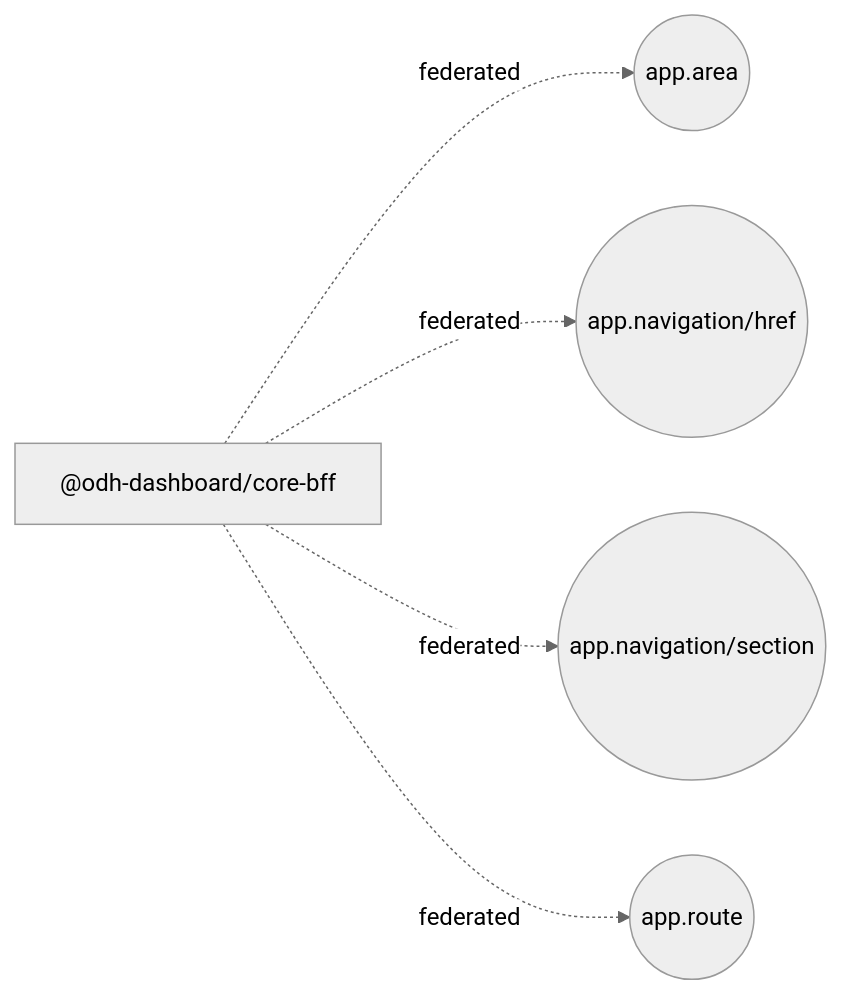
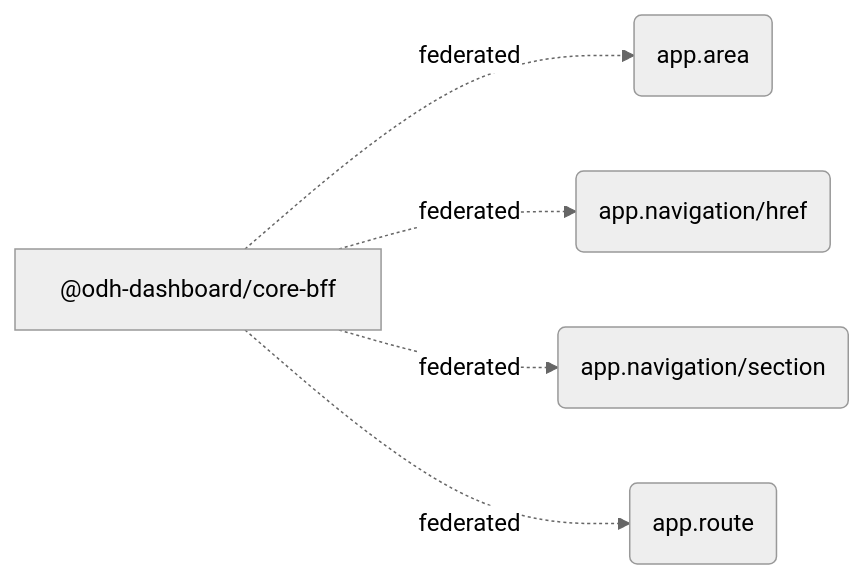
Before and after one commit to mturley/odh-dashboard: the diagram in distributions/core-bff/docs/extensions.md, drawn with Mermaid (neutral theme). The commit also changed 24 other files, not shown here.

````diff
--- a/distributions/core-bff/docs/extensions.md
+++ b/distributions/core-bff/docs/extensions.md
@@ -15,12 +15,12 @@
 ```mermaid
 flowchart LR
   pkg_n__odh_dashboard_core_bff_b8a0c6["@odh-dashboard/core-bff"]
-  point_n_app_area_bcfe23(("app.area"))
+  point_n_app_area_bcfe23("app.area")
   pkg_n__odh_dashboard_core_bff_b8a0c6 -. "federated" .-> point_n_app_area_bcfe23
-  point_n_app_navigation_href_67179c(("app.navigation/href"))
+  point_n_app_navigation_href_67179c("app.navigation/href")
   pkg_n__odh_dashboard_core_bff_b8a0c6 -. "federated" .-> point_n_app_navigation_href_67179c
-  point_n_app_navigation_section_34ff18(("app.navigation/section"))
+  point_n_app_navigation_section_34ff18("app.navigation/section")
   pkg_n__odh_dashboard_core_bff_b8a0c6 -. "federated" .-> point_n_app_navigation_section_34ff18
-  point_n_app_route_2735df(("app.route"))
+  point_n_app_route_2735df("app.route")
   pkg_n__odh_dashboard_core_bff_b8a0c6 -. "federated" .-> point_n_app_route_2735df
 ```
````
